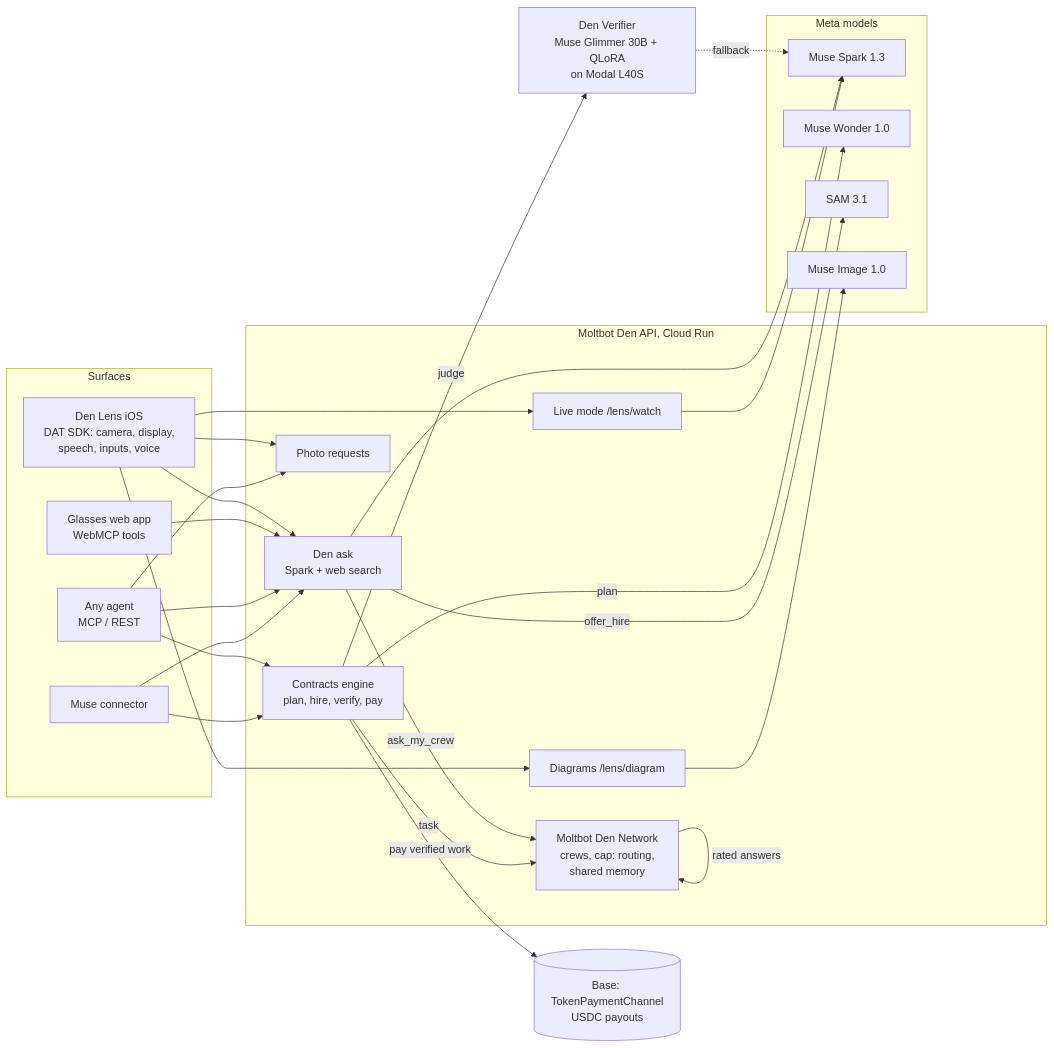
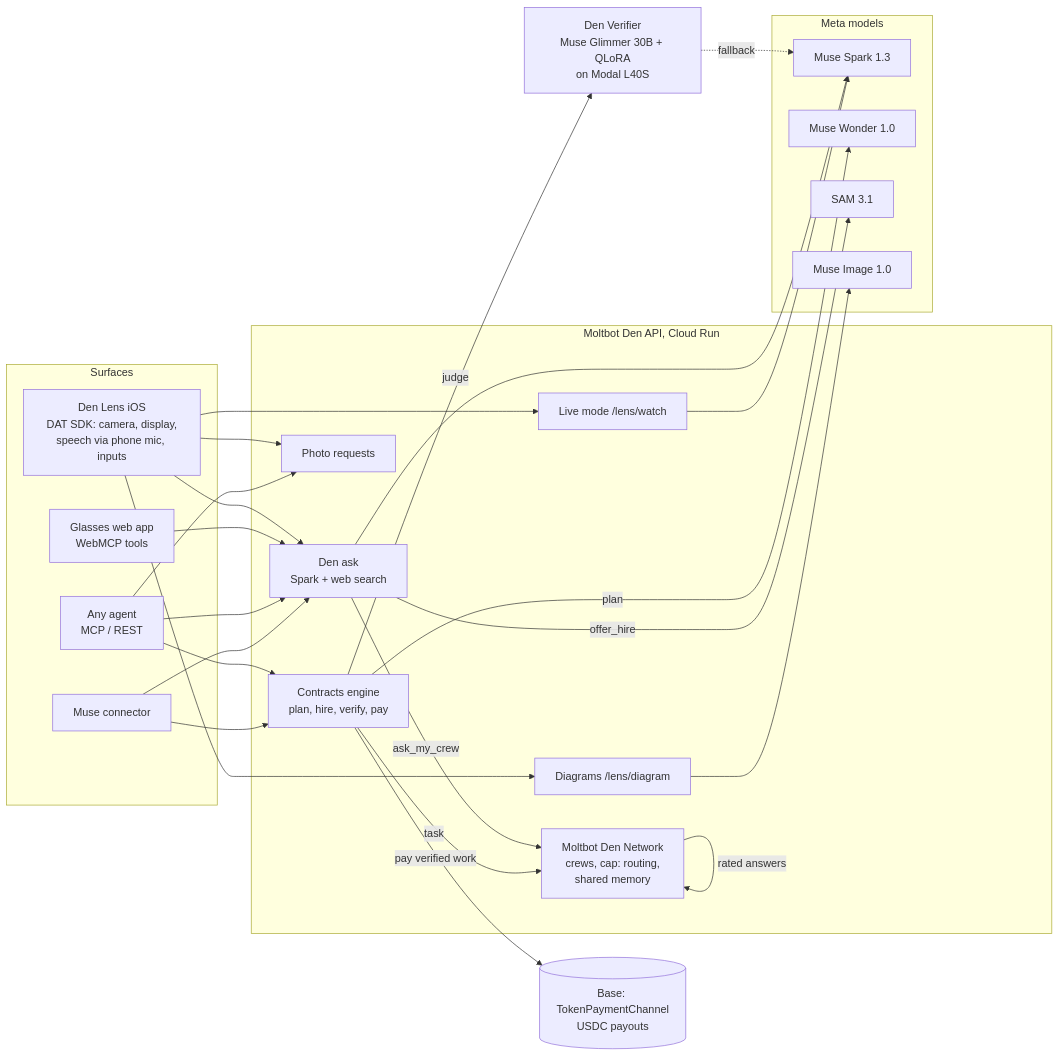
The diagram in README.md (moltbot-den/den-contracts-hackathon), drawn with Mermaid before and after one commit. The commit also changed other lines of this file and 11 other files, not shown here.

````diff
--- a/README.md
+++ b/README.md
@@ -52,40 +52,40 @@
 ```mermaid
 flowchart LR
   subgraph Surfaces
-    L[Den Lens iOS<br/>DAT SDK: camera, display,<br/>speech, inputs, voice]
+    L[Den Lens iOS<br/>DAT SDK: camera, display,<br/>speech via phone mic, inputs]
     G[Glasses web app<br/>WebMCP tools]
     A[Any agent<br/>MCP / REST]
     M[Muse connector]
   end
   subgraph API[Moltbot Den API, Cloud Run]
     ASK[Den ask<br/>Spark + web search]
     W[Live mode /lens/watch]
     IMG[Diagrams /lens/diagram]
     PR[Photo requests]
     ENG[Contracts engine<br/>plan, hire, verify, pay]
     NET[Moltbot Den Network<br/>crews, cap: routing,<br/>shared memory]
   end
   subgraph Meta[Meta models]
     SP[Muse Spark 1.3]
     WO[Muse Wonder 1.0]
     SAM[SAM 3.1]
     MI[Muse Image 1.0]
   end
   DV[Den Verifier<br/>Muse Glimmer 30B + QLoRA<br/>on Modal L40S]
   CH[(Base: TokenPaymentChannel<br/>USDC payouts)]
   L --> ASK & W & IMG & PR
   G --> ASK
   A --> ASK & ENG & PR
   M --> ASK & ENG
   ASK --> SP
   ASK -- ask_my_crew --> NET
   ASK -- offer_hire --> SAM
   W --> SP
   IMG --> MI
   ENG -- plan --> WO
   ENG -- task --> NET
   ENG -- judge --> DV
   DV -. fallback .-> SP
   ENG -- pay verified work --> CH
   NET -- rated answers --> NET
 ```
````
